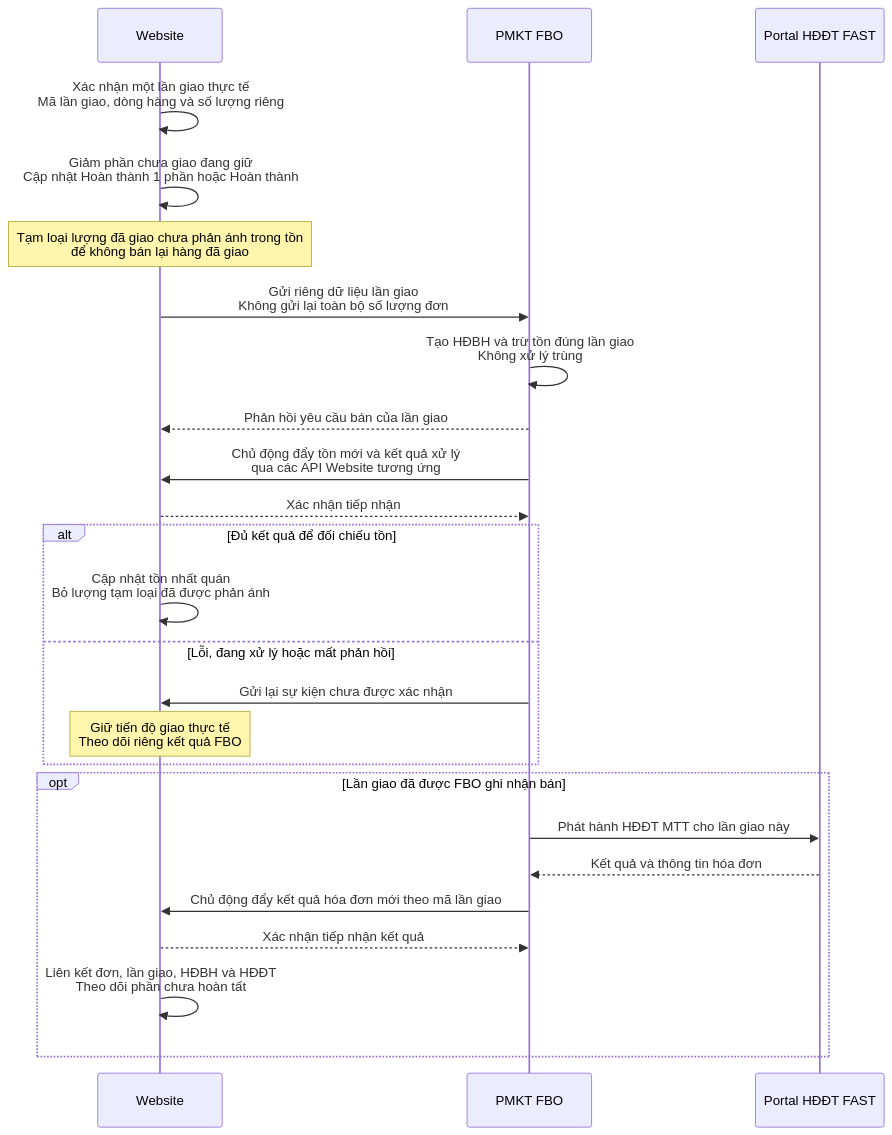
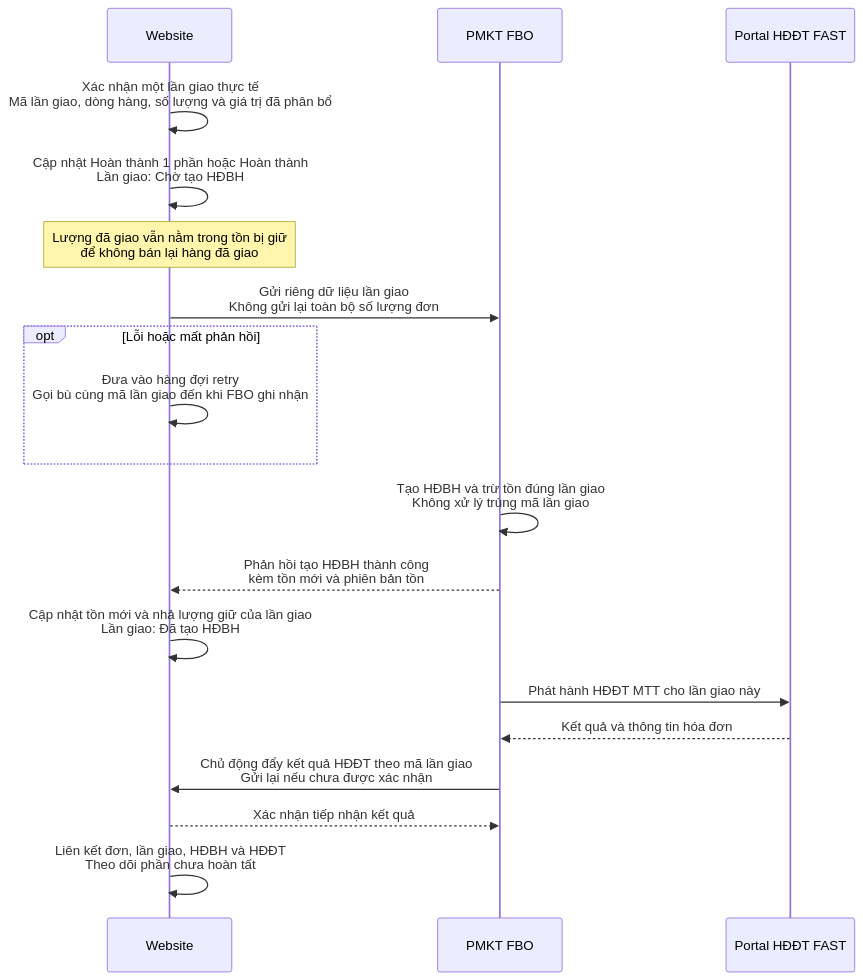
The second of 4 diagrams in BRD.md (quangnh0609/PhuongThao), drawn with Mermaid before and after one commit. The commit also changed other lines of this file and 10323 other files, not shown here.

````diff
--- a/BRD.md
+++ b/BRD.md
@@ -153,27 +164,21 @@
 ```mermaid
 sequenceDiagram
     participant WEB as Website
     participant FBO as PMKT FBO
     participant PORTAL as Portal HĐĐT FAST
-    WEB->>WEB: Xác nhận một lần giao thực tế<br/>Mã lần giao, dòng hàng và số lượng riêng
-    WEB->>WEB: Giảm phần chưa giao đang giữ<br/>Cập nhật Hoàn thành 1 phần hoặc Hoàn thành
-    Note over WEB: Tạm loại lượng đã giao chưa phản ánh trong tồn<br/>để không bán lại hàng đã giao
+    WEB->>WEB: Xác nhận một lần giao thực tế<br/>Mã lần giao, dòng hàng, số lượng và giá trị đã phân bổ
+    WEB->>WEB: Cập nhật Hoàn thành 1 phần hoặc Hoàn thành<br/>Lần giao: Chờ tạo HĐBH
+    Note over WEB: Lượng đã giao vẫn nằm trong tồn bị giữ<br/>để không bán lại hàng đã giao
     WEB->>FBO: Gửi riêng dữ liệu lần giao<br/>Không gửi lại toàn bộ số lượng đơn
-    FBO->>FBO: Tạo HĐBH và trừ tồn đúng lần giao<br/>Không xử lý trùng
-    FBO-->>WEB: Phản hồi yêu cầu bán của lần giao
-    FBO->>WEB: Chủ động đẩy tồn mới và kết quả xử lý<br/>qua các API Website tương ứng
-    WEB-->>FBO: Xác nhận tiếp nhận
-    alt Đủ kết quả để đối chiếu tồn
-        WEB->>WEB: Cập nhật tồn nhất quán<br/>Bỏ lượng tạm loại đã được phản ánh
-    else Lỗi, đang xử lý hoặc mất phản hồi
-        FBO->>WEB: Gửi lại sự kiện chưa được xác nhận
-        Note over WEB: Giữ tiến độ giao thực tế<br/>Theo dõi riêng kết quả FBO
+    opt Lỗi hoặc mất phản hồi
+        WEB->>WEB: Đưa vào hàng đợi retry<br/>Gọi bù cùng mã lần giao đến khi FBO ghi nhận
     end
-    opt Lần giao đã được FBO ghi nhận bán
-        FBO->>PORTAL: Phát hành HĐĐT MTT cho lần giao này
-        PORTAL-->>FBO: Kết quả và thông tin hóa đơn
-        FBO->>WEB: Chủ động đẩy kết quả hóa đơn mới theo mã lần giao
-        WEB-->>FBO: Xác nhận tiếp nhận kết quả
-        WEB->>WEB: Liên kết đơn, lần giao, HĐBH và HĐĐT<br/>Theo dõi phần chưa hoàn tất
-    end
+    FBO->>FBO: Tạo HĐBH và trừ tồn đúng lần giao<br/>Không xử lý trùng mã lần giao
+    FBO-->>WEB: Phản hồi tạo HĐBH thành công<br/>kèm tồn mới và phiên bản tồn
+    WEB->>WEB: Cập nhật tồn mới và nhả lượng giữ của lần giao<br/>Lần giao: Đã tạo HĐBH
+    FBO->>PORTAL: Phát hành HĐĐT MTT cho lần giao này
+    PORTAL-->>FBO: Kết quả và thông tin hóa đơn
+    FBO->>WEB: Chủ động đẩy kết quả HĐĐT theo mã lần giao<br/>Gửi lại nếu chưa được xác nhận
+    WEB-->>FBO: Xác nhận tiếp nhận kết quả
+    WEB->>WEB: Liên kết đơn, lần giao, HĐBH và HĐĐT<br/>Theo dõi phần chưa hoàn tất
 ```
````
